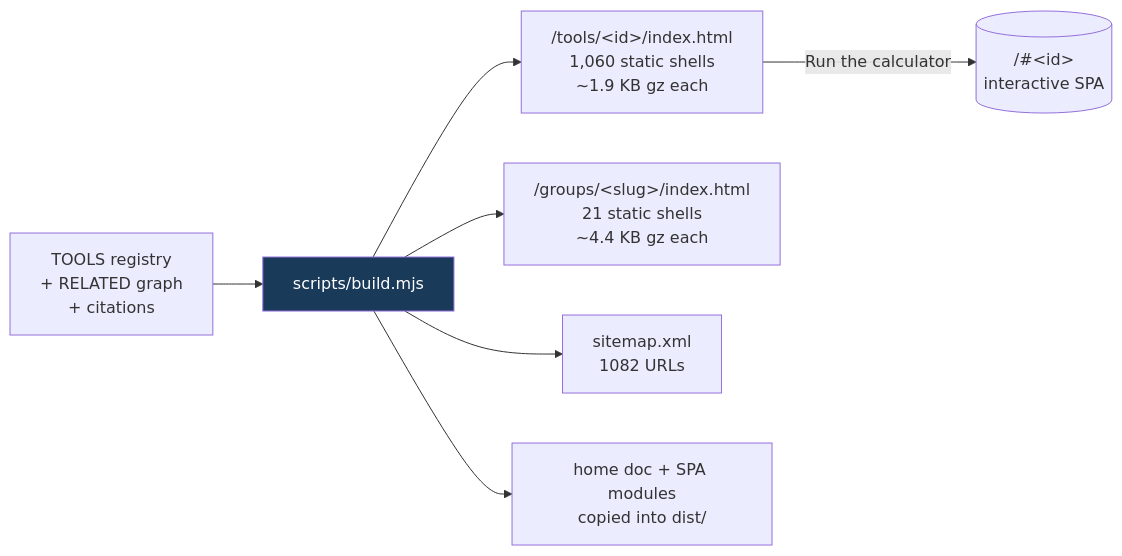
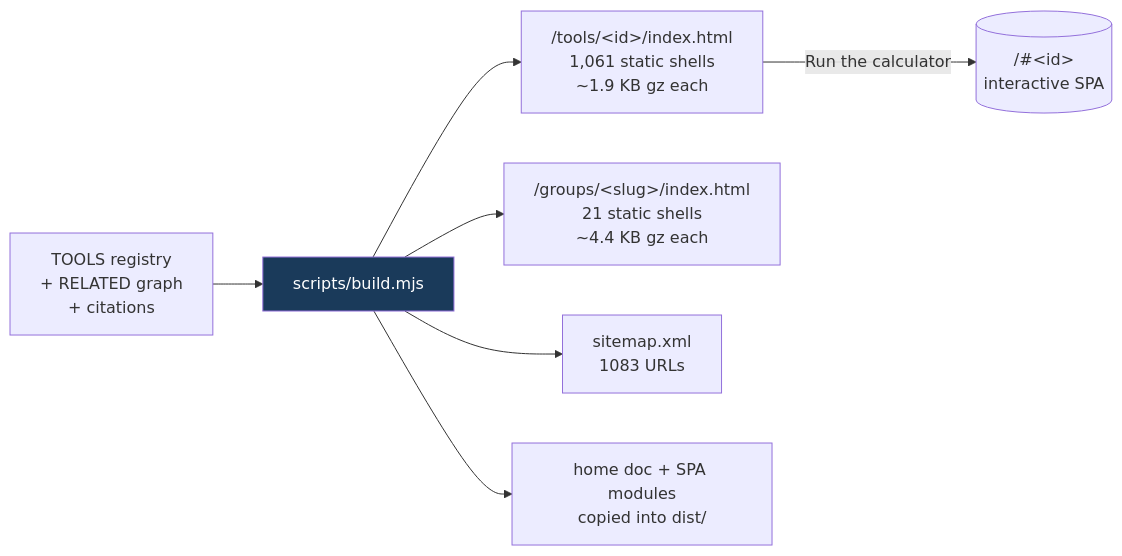
One commit to clay-good/roughlogic.com changed the fifth of 8 diagrams in README.md. Above: the diagram before and after it, drawn with Mermaid. The commit also changed other lines of this file and 15 other files, not shown here.

````diff
--- a/README.md
+++ b/README.md
@@ -495,10 +495,10 @@
 ```mermaid
 flowchart LR
     SRC[TOOLS registry\n+ RELATED graph\n+ citations] --> BUILD[scripts/build.mjs]
-    BUILD --> TILE["/tools/&lt;id&gt;/index.html\n1,060 static shells\n~1.9 KB gz each"]
+    BUILD --> TILE["/tools/&lt;id&gt;/index.html\n1,061 static shells\n~1.9 KB gz each"]
     BUILD --> GROUP["/groups/&lt;slug&gt;/index.html\n21 static shells\n~4.4 KB gz each"]
-    BUILD --> MAP["sitemap.xml\n1082 URLs"]
+    BUILD --> MAP["sitemap.xml\n1083 URLs"]
     BUILD --> COPY[home doc + SPA modules\ncopied into dist/]
     TILE -->|Run the calculator| SPA[("/#&lt;id&gt;\ninteractive SPA")]
     style BUILD fill:#1a3a5a,color:#fff
 ```
````
